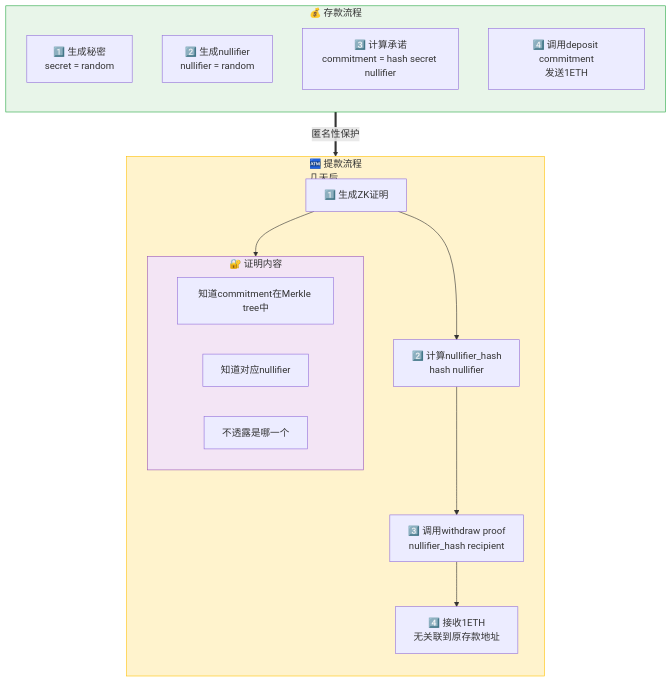
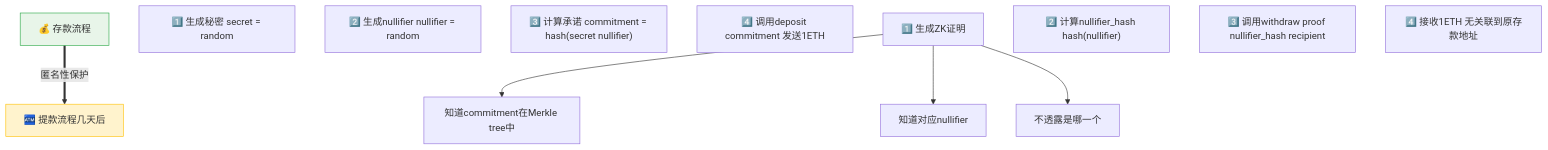
The sixth of 9 diagrams in docs/《精通以太坊》/第17章-零知识证明.md (web3-wallet-org/web3-wallet-notes), drawn with Mermaid before and after one commit. The commit also changed other lines of this file and 5 other files, not shown here.

````diff
--- a/docs/《精通以太坊》/第17章-零知识证明.md
+++ b/docs/《精通以太坊》/第17章-零知识证明.md
@@ -468,33 +432,25 @@
 ```mermaid
 graph TB
-    subgraph Deposit["💰 存款流程"]
-        direction TB
-        D1["1️⃣ 生成秘密<br/>secret = random"]
-        D2["2️⃣ 生成nullifier<br/>nullifier = random"]
-        D3["3️⃣ 计算承诺<br/>commitment = hash secret nullifier"]
-        D4["4️⃣ 调用deposit commitment<br/>发送1ETH"]
-    end
+    Deposit["💰 存款流程"]
+    D1["1️⃣ 生成秘密 secret = random"]
+    D2["2️⃣ 生成nullifier nullifier = random"]
+    D3["3️⃣ 计算承诺 commitment = hash(secret nullifier)"]
+    D4["4️⃣ 调用deposit commitment 发送1ETH"]
     
-    subgraph Withdraw["🏧 提款流程<br/>几天后"]
-        direction TB
-        W1["1️⃣ 生成ZK证明"]
-        
-        subgraph ProofContent["🔐 证明内容"]
-            direction LR
-            PC1["知道commitment在Merkle tree中"]
-            PC2["知道对应nullifier"]
-            PC3["不透露是哪一个"]
-        end
-        
-        W1 --> ProofContent
-        W1 --> W2["2️⃣ 计算nullifier_hash<br/>hash nullifier"]
-        W2 --> W3["3️⃣ 调用withdraw proof<br/>nullifier_hash recipient"]
-        W3 --> W4["4️⃣ 接收1ETH<br/>无关联到原存款地址"]
-    end
+    Withdraw["🏧 提款流程几天后"]
+    W1["1️⃣ 生成ZK证明"]
+    PC1["知道commitment在Merkle tree中"]
+    PC2["知道对应nullifier"]
+    PC3["不透露是哪一个"]
+    W2["2️⃣ 计算nullifier_hash hash(nullifier)"]
+    W3["3️⃣ 调用withdraw proof nullifier_hash recipient"]
+    W4["4️⃣ 接收1ETH 无关联到原存款地址"]
     
     Deposit ==>|匿名性保护| Withdraw
+    W1 --> PC1
+    W1 --> PC2
+    W1 --> PC3
     
     style Deposit fill:#e8f5e9,stroke:#28a745,color:#333
     style Withdraw fill:#fff3cd,stroke:#ffc107,color:#333
-    style ProofContent fill:#f3e5f5,stroke:#9b59b6,color:#333
 ```
````
